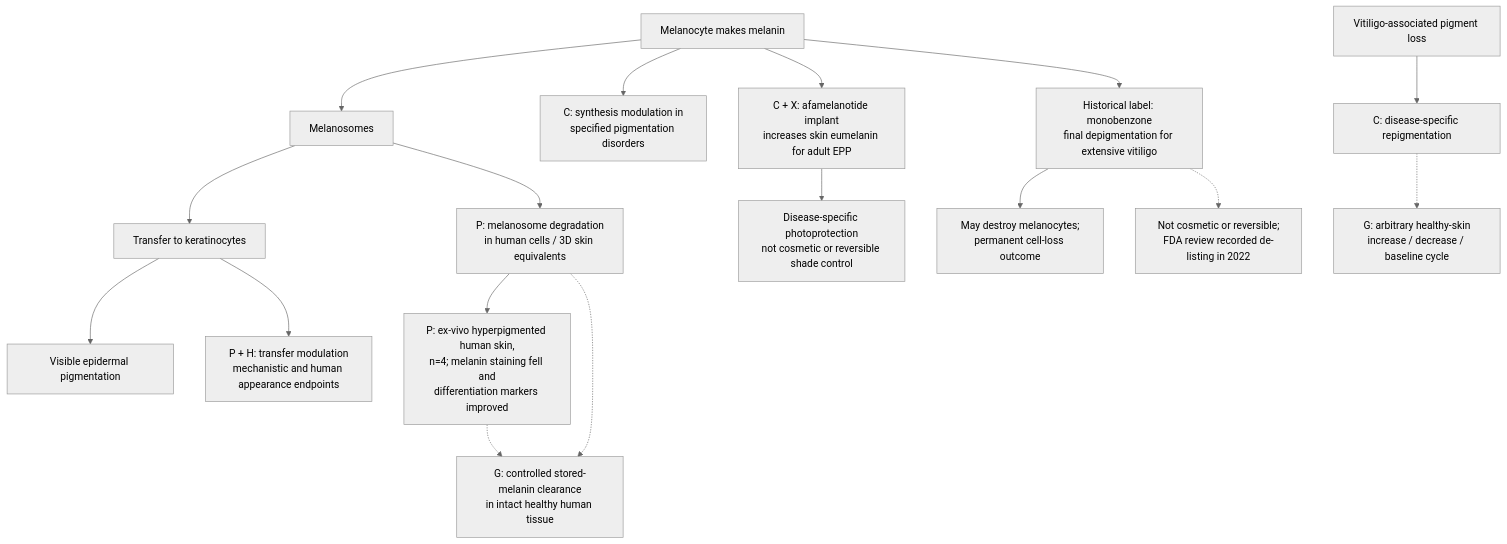
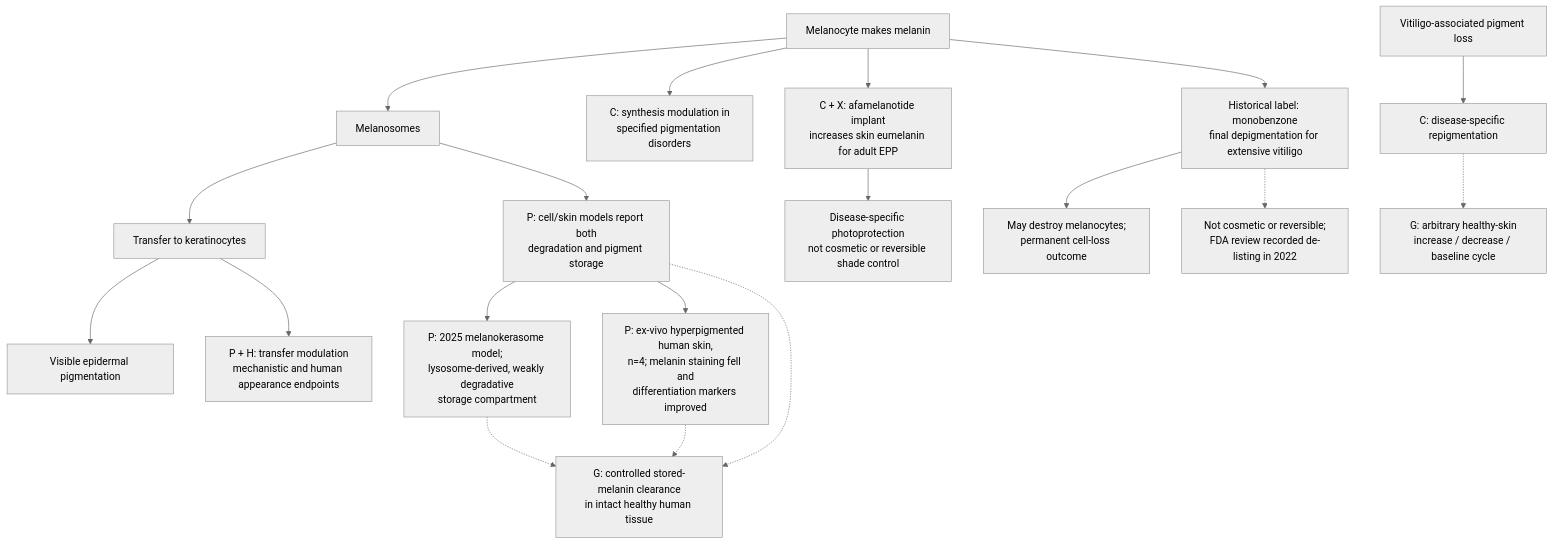
The sixth of 38 diagrams in research/tissue-pigment-atlas.md (dylanstechmann/iris-color-without-contacts), drawn with Mermaid (neutral theme) before and after one commit. The commit also changed other lines of this file, not shown here.

Commit message:
Add melanokerasome storage-compartment evidence

````diff
--- a/research/tissue-pigment-atlas.md
+++ b/research/tissue-pigment-atlas.md
@@ -174,19 +174,21 @@
 ```mermaid
 flowchart TD
     M["Melanocyte makes melanin"] --> O["Melanosomes"]
     O --> K["Transfer to keratinocytes"]
     K --> V["Visible epidermal pigmentation"]
     M --> C["C: synthesis modulation in<br/>specified pigmentation disorders"]
     M --> E["C + X: afamelanotide implant<br/>increases skin eumelanin for adult EPP"]
     E --> E2["Disease-specific photoprotection<br/>not cosmetic or reversible shade control"]
     M --> Z["Historical label: monobenzone<br/>final depigmentation for extensive vitiligo"]
     Z --> Z1["May destroy melanocytes;<br/>permanent cell-loss outcome"]
     Z -.-> Z2["Not cosmetic or reversible;<br/>FDA review recorded de-listing in 2022"]
     K --> T["P + H: transfer modulation<br/>mechanistic and human appearance endpoints"]
-    O --> P["P: melanosome degradation<br/>in human cells / 3D skin equivalents"]
+    O --> P["P: cell/skin models report both<br/>degradation and pigment storage"]
+    P --> PS["P: 2025 melanokerasome model;<br/>lysosome-derived, weakly degradative<br/>storage compartment"]
+    PS -.-> R
     P --> P2["P: ex-vivo hyperpigmented human skin,<br/>n=4; melanin staining fell and<br/>differentiation markers improved"]
     P -.-> R["G: controlled stored-melanin clearance<br/>in intact healthy human tissue"]
     P2 -.-> R
     D["Vitiligo-associated pigment loss"] --> I["C: disease-specific repigmentation"]
     I -.-> W["G: arbitrary healthy-skin<br/>increase / decrease / baseline cycle"]
 ```
````
